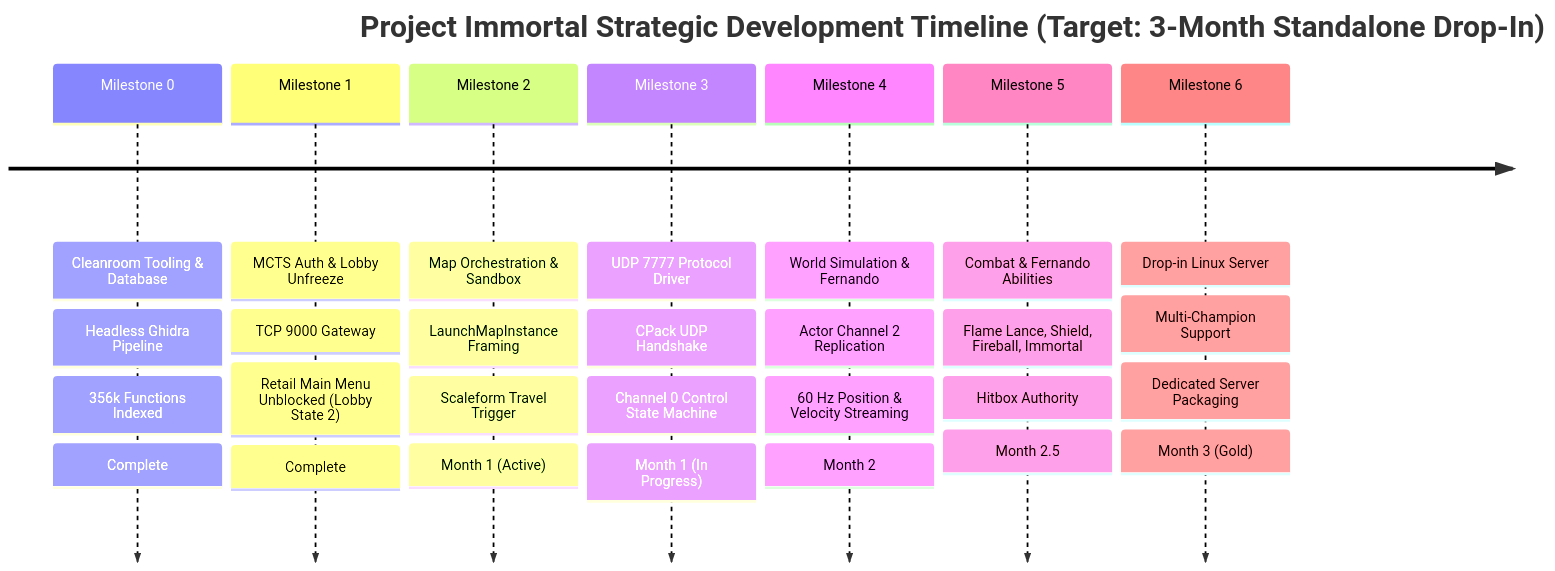
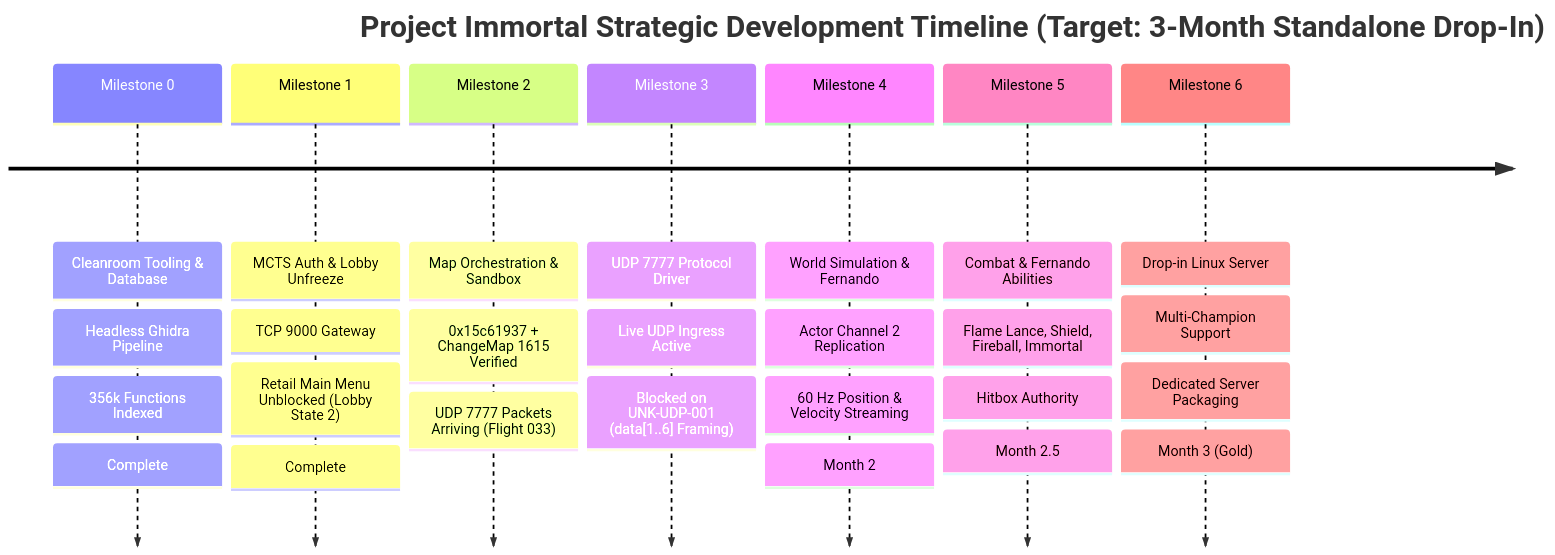
The second of 2 diagrams in docs/specs/ROADMAP.md (project-immortal/immortal), drawn with Mermaid before and after one commit. The commit also changed other lines of this file and 18 other files, not shown here.

First line of the commit message:
docs(ci): fix clippy/fmt gates, sync Flight 033 protocol specs, and repair mdbook deployment

````diff
--- a/docs/specs/ROADMAP.md
+++ b/docs/specs/ROADMAP.md
@@ -68,11 +68,11 @@
 ```mermaid
 timeline
     title Project Immortal Strategic Development Timeline (Target: 3-Month Standalone Drop-In)
     Milestone 0 : Cleanroom Tooling & Database : Headless Ghidra Pipeline : 356k Functions Indexed : Complete
     Milestone 1 : MCTS Auth & Lobby Unfreeze : TCP 9000 Gateway : Retail Main Menu Unblocked (Lobby State 2) : Complete
-    Milestone 2 : Map Orchestration & Sandbox : LaunchMapInstance Framing : Scaleform Travel Trigger : Month 1 (Active)
-    Milestone 3 : UDP 7777 Protocol Driver : CPack UDP Handshake : Channel 0 Control State Machine : Month 1 (In Progress)
+    Milestone 2 : Map Orchestration & Sandbox : 0x15c61937 + ChangeMap 1615 Verified : UDP 7777 Packets Arriving (Flight 033)
+    Milestone 3 : UDP 7777 Protocol Driver : Live UDP Ingress Active : Blocked on UNK-UDP-001 (data[1..6] Framing)
     Milestone 4 : World Simulation & Fernando : Actor Channel 2 Replication : 60 Hz Position & Velocity Streaming : Month 2
     Milestone 5 : Combat & Fernando Abilities : Flame Lance, Shield, Fireball, Immortal : Hitbox Authority : Month 2.5
     Milestone 6 : Drop-in Linux Server : Multi-Champion Support : Dedicated Server Packaging : Month 3 (Gold)
 ```
````
